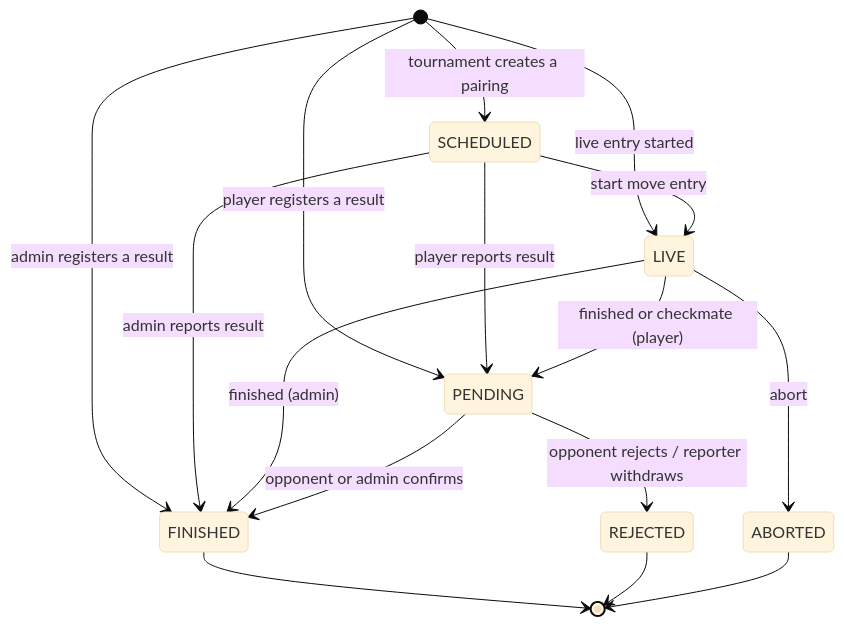
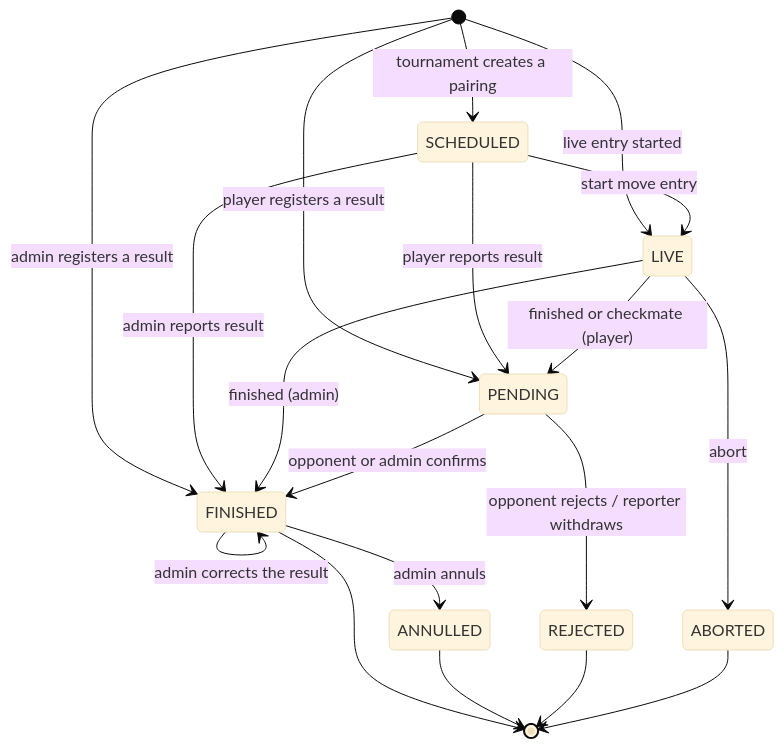
Before and after one commit to Oleandertengesdal/Julesjakk: the second of 4 diagrams in docs/ARCHITECTURE.md, drawn with Mermaid (base theme). The commit also changed other lines of this file and 64 other files, not shown here.

````diff
--- a/docs/ARCHITECTURE.md
+++ b/docs/ARCHITECTURE.md
@@ -96,18 +97,21 @@
 ```mermaid
 stateDiagram-v2
   [*] --> PENDING: player registers a result
   [*] --> FINISHED: admin registers a result
   [*] --> LIVE: live entry started
   [*] --> SCHEDULED: tournament creates a pairing
   SCHEDULED --> LIVE: start move entry
   SCHEDULED --> PENDING: player reports result
   SCHEDULED --> FINISHED: admin reports result
   LIVE --> PENDING: finished or checkmate (player)
   LIVE --> FINISHED: finished (admin)
   LIVE --> ABORTED: abort
   PENDING --> FINISHED: opponent or admin confirms
   PENDING --> REJECTED: opponent rejects / reporter withdraws
+  FINISHED --> FINISHED: admin corrects the result
+  FINISHED --> ANNULLED: admin annuls
   FINISHED --> [*]
+  ANNULLED --> [*]
   REJECTED --> [*]
   ABORTED --> [*]
 ```
````
